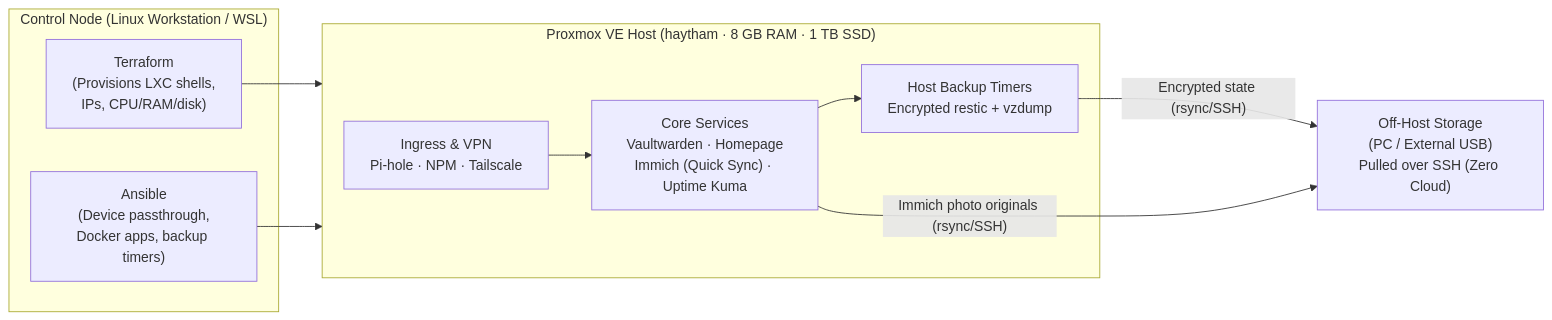
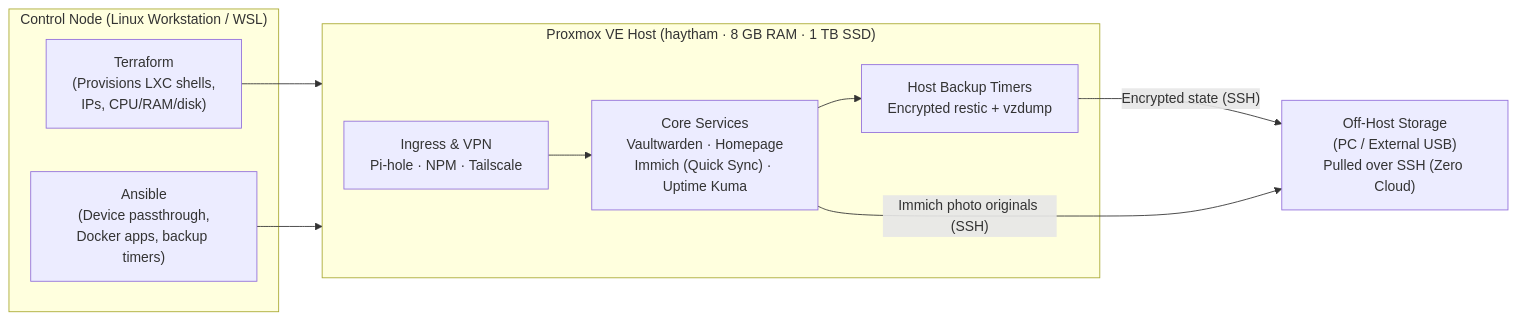
The diagram in README.md (farhanhl-ds/haytham-homelab), drawn with Mermaid before and after one commit. The commit also changed other lines of this file and 9 other files, not shown here.

````diff
--- a/README.md
+++ b/README.md
@@ -38,22 +38,22 @@
 ```mermaid
 flowchart LR
     subgraph Control["Control Node (Linux Workstation / WSL)"]
         TF["Terraform\n(Provisions LXC shells,\nIPs, CPU/RAM/disk)"]
         ANS["Ansible\n(Device passthrough,\nDocker apps, backup timers)"]
     end
 
     subgraph PVE["Proxmox VE Host (haytham · 8 GB RAM · 1 TB SSD)"]
         NET["Ingress & VPN\nPi-hole · NPM · Tailscale"]
         APPS["Core Services\nVaultwarden · Homepage\nImmich (Quick Sync) · Uptime Kuma"]
         BKP["Host Backup Timers\nEncrypted restic + vzdump"]
     end
 
     OFFHOST["Off-Host Storage\n(PC / External USB)\nPulled over SSH (Zero Cloud)"]
 
     TF --> PVE
     ANS --> PVE
     NET --> APPS
     APPS --> BKP
-    BKP -->|"Encrypted state (rsync/SSH)"| OFFHOST
-    APPS -->|"Immich photo originals (rsync/SSH)"| OFFHOST
+    BKP -->|"Encrypted state (SSH)"| OFFHOST
+    APPS -->|"Immich photo originals (SSH)"| OFFHOST
 ```
````
